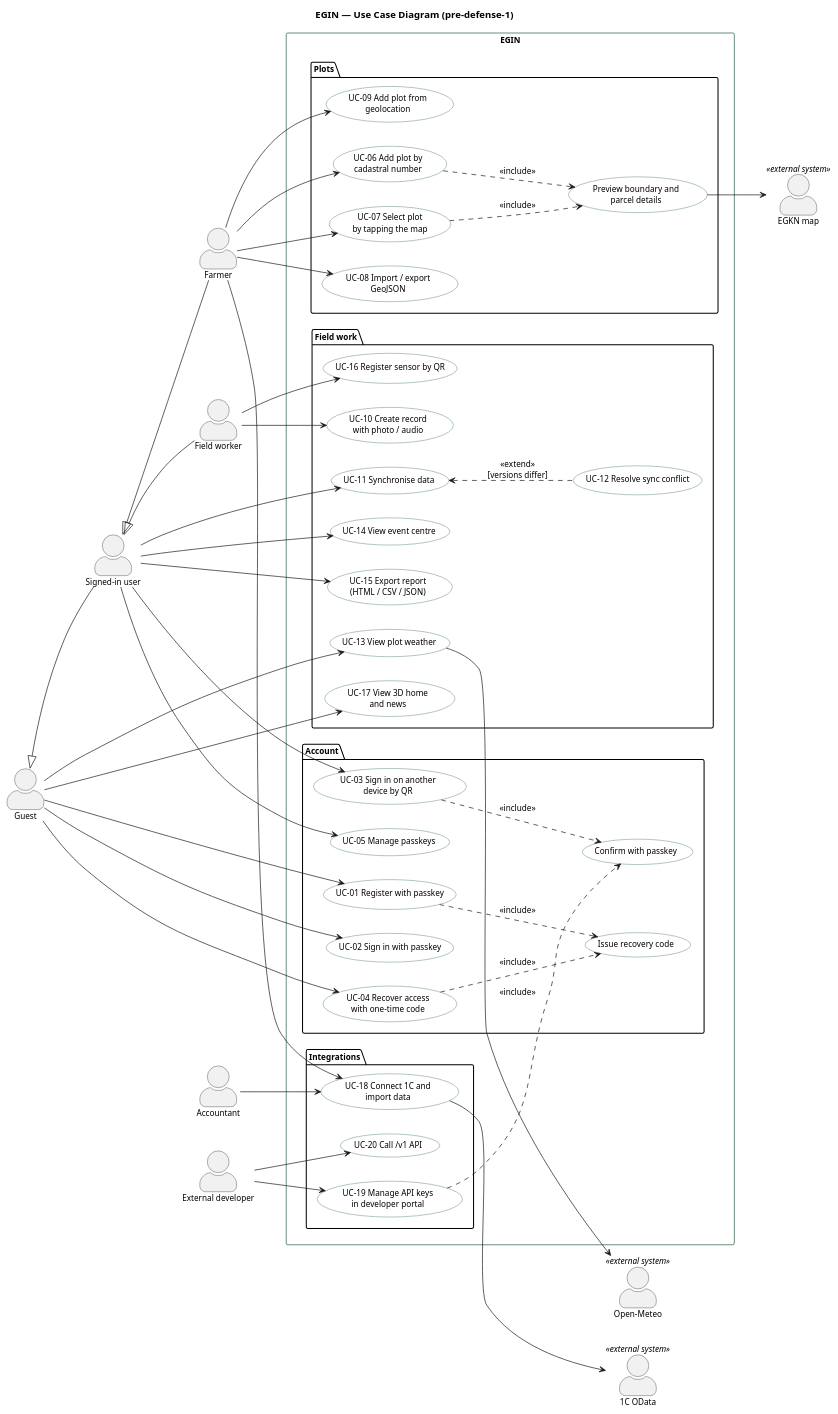
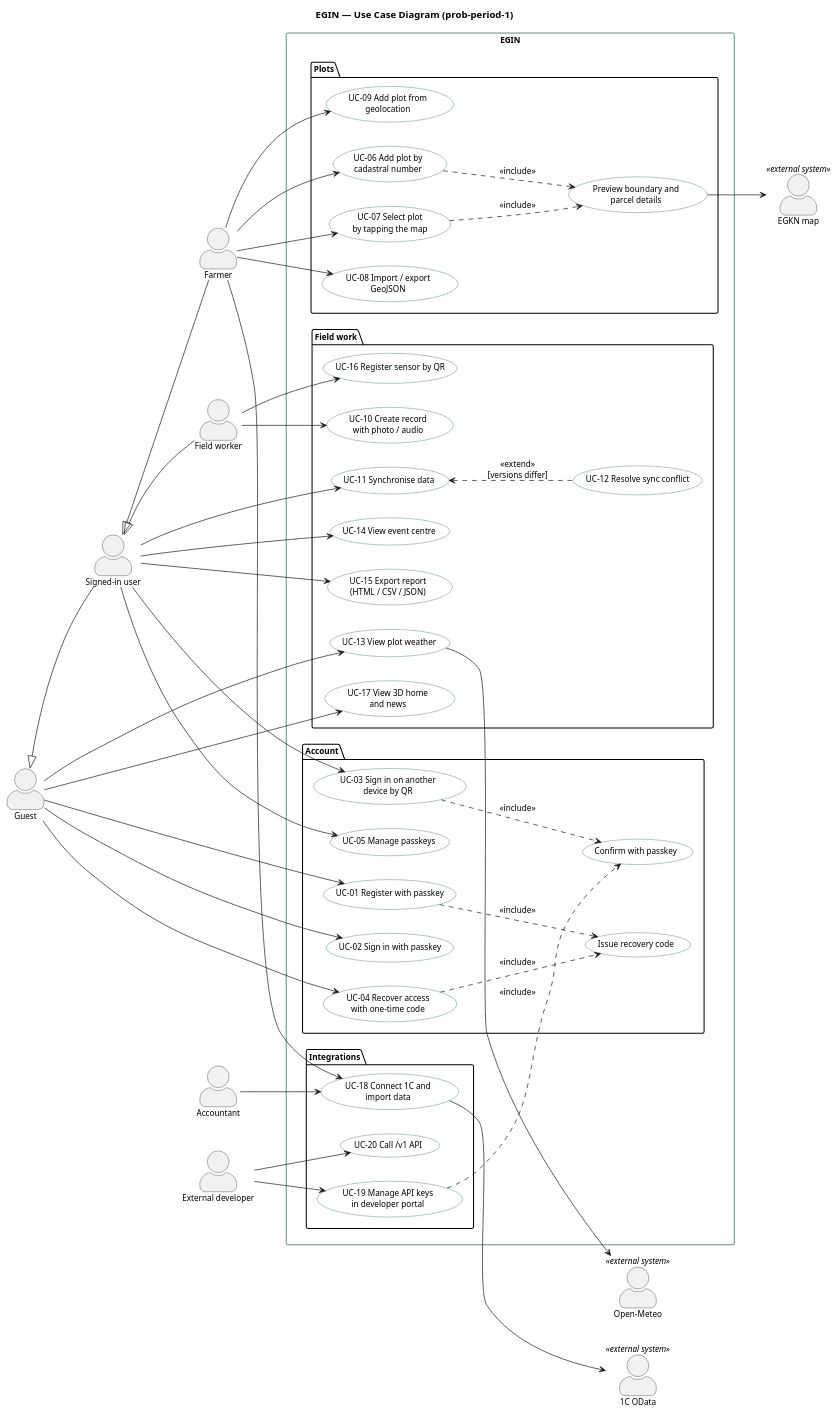
Before and after one commit to Adilzhan17/egin: the diagram in docs/DIP/diagrams/02-use-case.puml, drawn with PlantUML. The commit also changed 35 other files, not shown here.

```diff
--- a/docs/DIP/diagrams/02-use-case.puml
+++ b/docs/DIP/diagrams/02-use-case.puml
@@ -1,100 +1,100 @@
 @startuml EGIN_Use_Case
-title EGIN — Use Case Diagram (pre-defense-1)
+title EGIN — Use Case Diagram (prob-period-1)
 left to right direction
 skinparam shadowing false
 skinparam defaultFontName Arial
 skinparam defaultFontSize 12
 skinparam actorStyle awesome
 skinparam usecase {
   BackgroundColor #FFFFFF
   BorderColor #1F5A3A
 }
 skinparam rectangle {
   BorderColor #1F5A3A
 }
 
 actor "Guest" as guest
 actor "Signed-in user" as user
 actor "Farmer" as farmer
 actor "Field worker" as worker
 actor "Accountant" as accountant
 actor "External developer" as dev
 
 farmer -up-|> user
 worker -up-|> user
 user -up-|> guest
 
 actor "EGKN map" as egkn <<external system>>
 actor "Open-Meteo" as meteo <<external system>>
 actor "1C OData" as onec <<external system>>
 
 rectangle "EGIN" {
   package "Account" {
     usecase "UC-01 Register with passkey" as UC01
     usecase "UC-02 Sign in with passkey" as UC02
     usecase "UC-03 Sign in on another\ndevice by QR" as UC03
     usecase "UC-04 Recover access\nwith one-time code" as UC04
     usecase "UC-05 Manage passkeys" as UC05
     usecase "Issue recovery code" as UCrc
     usecase "Confirm with passkey" as UCcp
   }
   package "Plots" {
     usecase "UC-06 Add plot by\ncadastral number" as UC06
     usecase "UC-07 Select plot\nby tapping the map" as UC07
     usecase "UC-08 Import / export\nGeoJSON" as UC08
     usecase "UC-09 Add plot from\ngeolocation" as UC09
     usecase "Preview boundary and\nparcel details" as UCpv
   }
   package "Field work" {
     usecase "UC-10 Create record\nwith photo / audio" as UC10
     usecase "UC-11 Synchronise data" as UC11
     usecase "UC-12 Resolve sync conflict" as UC12
     usecase "UC-13 View plot weather" as UC13
     usecase "UC-14 View event centre" as UC14
     usecase "UC-15 Export report\n(HTML / CSV / JSON)" as UC15
     usecase "UC-16 Register sensor by QR" as UC16
     usecase "UC-17 View 3D home\nand news" as UC17
   }
   package "Integrations" {
     usecase "UC-18 Connect 1C and\nimport data" as UC18
     usecase "UC-19 Manage API keys\nin developer portal" as UC19
     usecase "UC-20 Call /v1 API" as UC20
   }
 }
 
 guest --> UC17
 guest --> UC13
 guest --> UC01
 guest --> UC02
 guest --> UC04
 
 user --> UC03
 user --> UC05
 user --> UC14
 user --> UC15
 user --> UC11
 
 farmer --> UC06
 farmer --> UC07
 farmer --> UC08
 farmer --> UC09
 farmer --> UC18
 worker --> UC10
 worker --> UC16
 
 accountant --> UC18
 dev --> UC19
 dev --> UC20
 
 UC01 ..> UCrc : <<include>>
 UC04 ..> UCrc : <<include>>
 UC03 ..> UCcp : <<include>>
 UC19 ..> UCcp : <<include>>
 UC06 ..> UCpv : <<include>>
 UC07 ..> UCpv : <<include>>
 UC12 .up.> UC11 : <<extend>>\n[versions differ]
 
 UCpv --> egkn
 UC13 --> meteo
 UC18 --> onec
 @enduml
```
